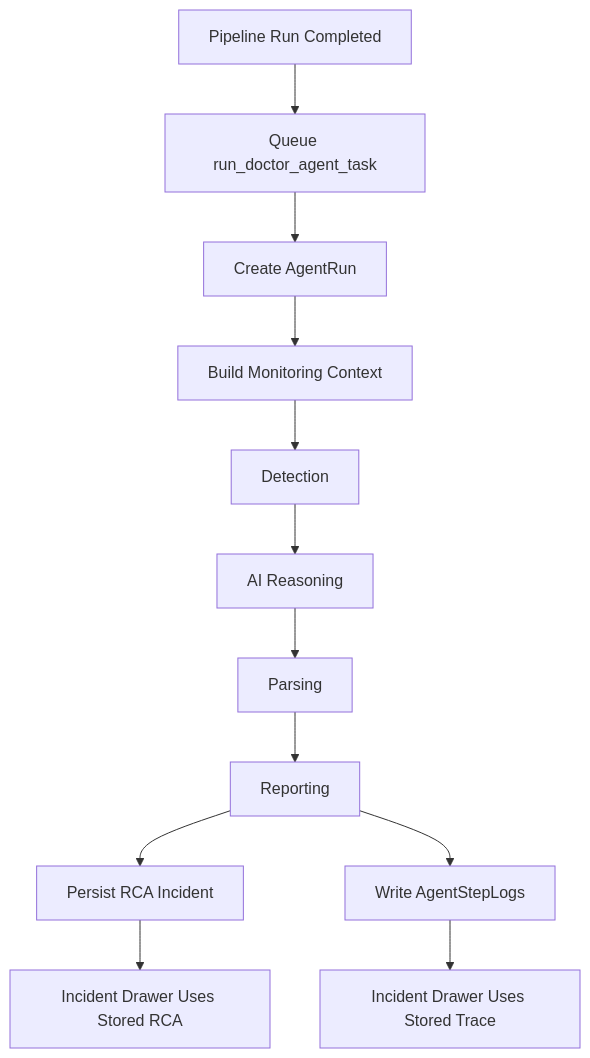
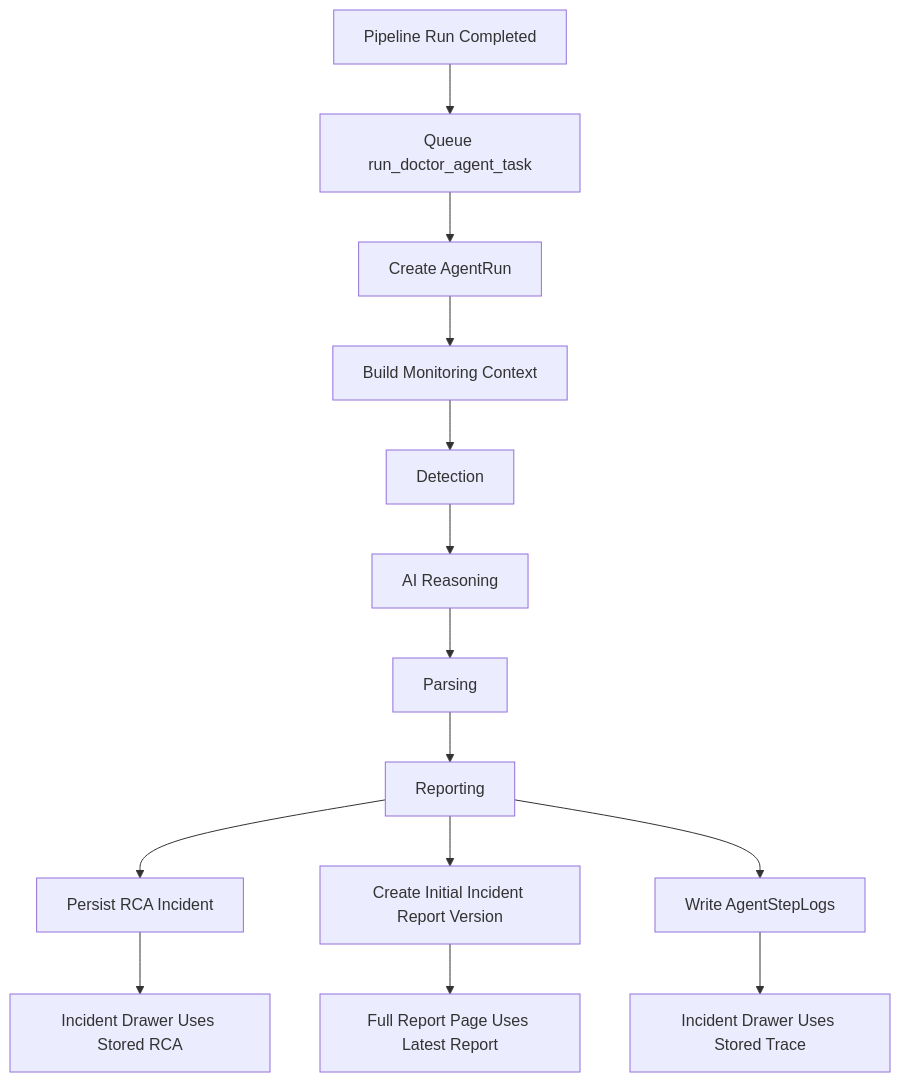
Before and after one commit to PipelineDoctorProject/pipeline-doctor: the first of 4 diagrams in docs/ai_orchestration.md, drawn with Mermaid. The commit also changed other lines of this file and 12 other files, not shown here.

````diff
--- a/docs/ai_orchestration.md
+++ b/docs/ai_orchestration.md
@@ -17,14 +17,16 @@
 ```mermaid
 flowchart TD
     A[Pipeline Run Completed] --> B[Queue run_doctor_agent_task]
     B --> C[Create AgentRun]
     C --> D[Build Monitoring Context]
     D --> E[Detection]
     E --> F[AI Reasoning]
     F --> G[Parsing]
     G --> H[Reporting]
     H --> I[Persist RCA Incident]
+    H --> M[Create Initial Incident Report Version]
     H --> J[Write AgentStepLogs]
     I --> K[Incident Drawer Uses Stored RCA]
+    M --> N[Full Report Page Uses Latest Report]
     J --> L[Incident Drawer Uses Stored Trace]
 ```
````
